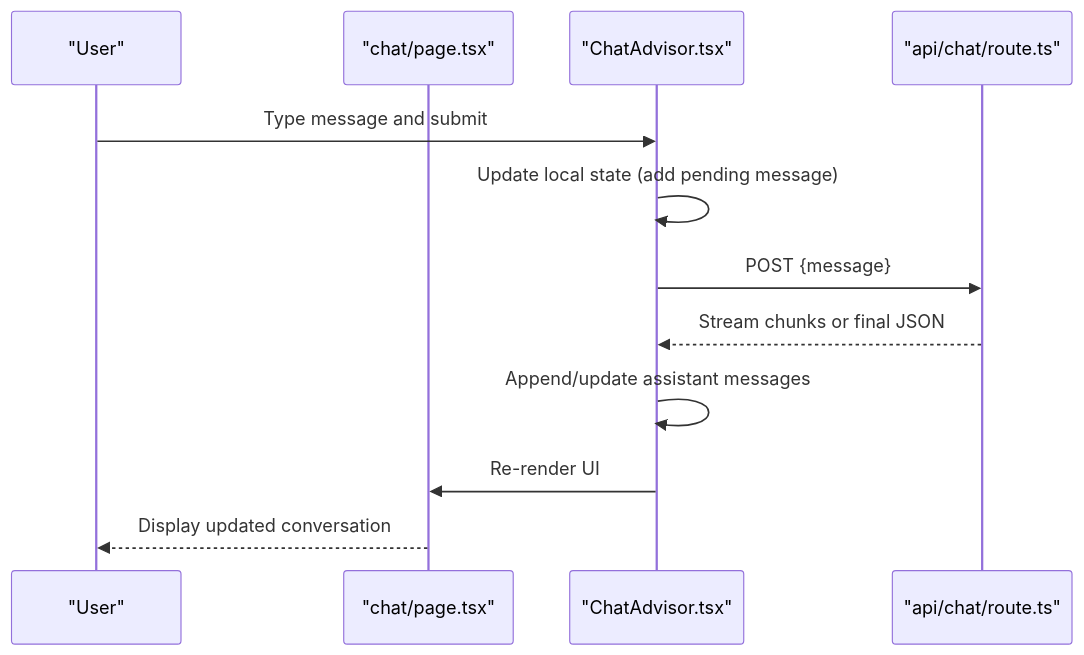
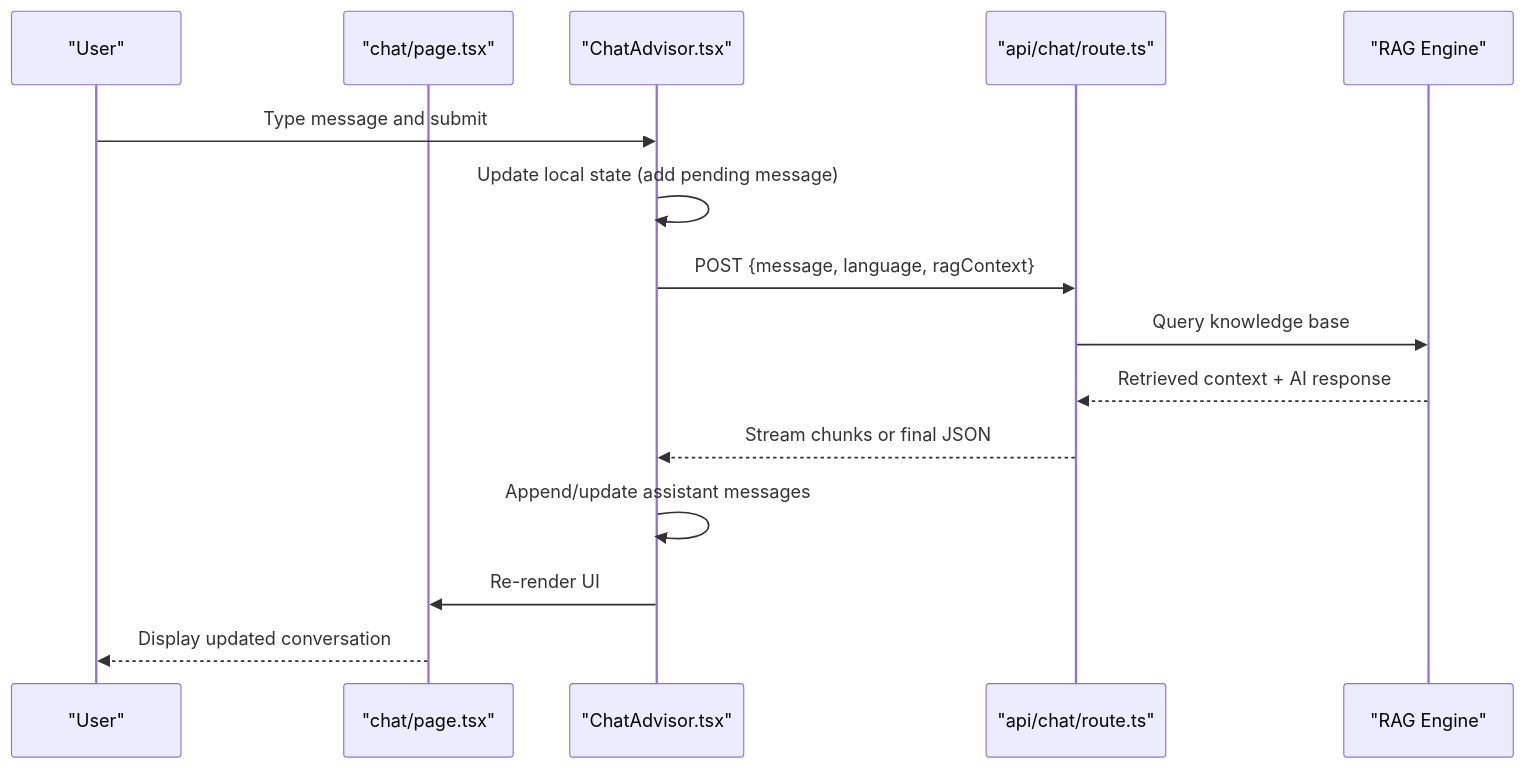
One commit to alibaba-hackathon-fsi/frontend-vaya changed the second of 4 diagrams in .qoder/repowiki/en/content/Chat Interface/Chat UI Components.md. Above: the diagram before and after it, drawn with Mermaid. The commit also changed other lines of this file and 36 other files, not shown here.

````diff
--- a/.qoder/repowiki/en/content/Chat Interface/Chat UI Components.md
+++ b/.qoder/repowiki/en/content/Chat Interface/Chat UI Components.md
@@ -93,14 +103,17 @@
 ```mermaid
 sequenceDiagram
 participant U as "User"
 participant P as "chat/page.tsx"
 participant C as "ChatAdvisor.tsx"
 participant A as "api/chat/route.ts"
+participant R as "RAG Engine"
 U->>C : Type message and submit
 C->>C : Update local state (add pending message)
-C->>A : POST {message}
+C->>A : POST {message, language, ragContext}
+A->>R : Query knowledge base
+R-->>A : Retrieved context + AI response
 A-->>C : Stream chunks or final JSON
 C->>C : Append/update assistant messages
 C->>P : Re-render UI
 P-->>U : Display updated conversation
 ```
````
